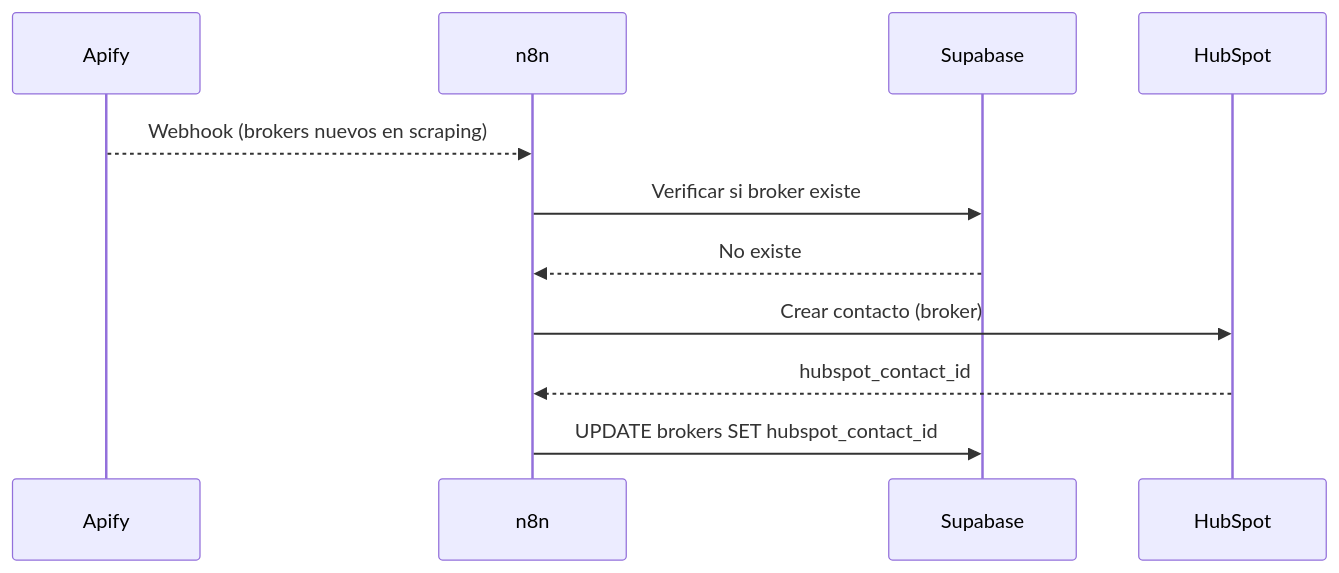
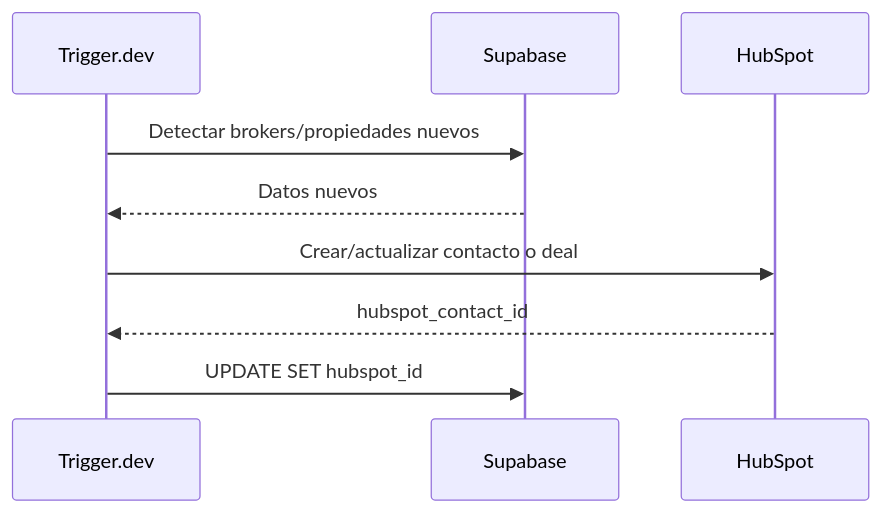
One commit to pablo-beiqa/beiqa-real-estate-platform changed the fifth of 5 diagrams in 02-Architecture/System-Architecture.md. Above: the diagram before and after it, drawn with Mermaid. The commit also changed other lines of this file and 5 other files, not shown here.

````diff
--- a/02-Architecture/System-Architecture.md
+++ b/02-Architecture/System-Architecture.md
@@ -195,14 +249,12 @@
 ```mermaid
 sequenceDiagram
-    participant Apify
-    participant n8n
+    participant TDev as Trigger.dev
     participant Supabase
     participant HubSpot
 
-    Apify-->>n8n: Webhook (brokers nuevos en scraping)
-    n8n->>Supabase: Verificar si broker existe
-    Supabase-->>n8n: No existe
-    n8n->>HubSpot: Crear contacto (broker)
-    HubSpot-->>n8n: hubspot_contact_id
-    n8n->>Supabase: UPDATE brokers SET hubspot_contact_id
+    TDev->>Supabase: Detectar brokers/propiedades nuevos
+    Supabase-->>TDev: Datos nuevos
+    TDev->>HubSpot: Crear/actualizar contacto o deal
+    HubSpot-->>TDev: hubspot_contact_id
+    TDev->>Supabase: UPDATE SET hubspot_id
 ```
````
